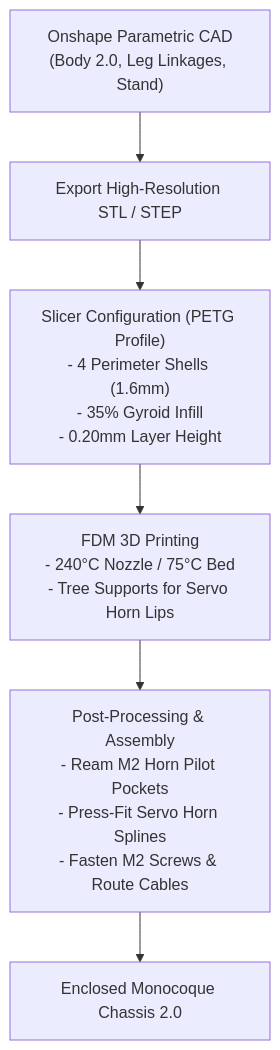
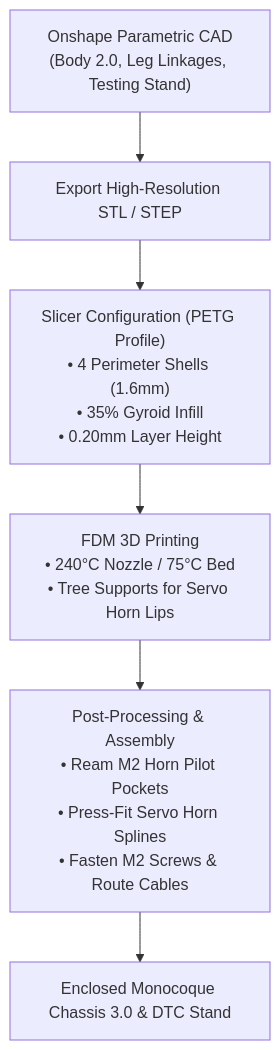
One commit to GrrGrrMan/spider-blog changed the first of 3 diagrams in src/content/docs/03-3d-cad-fabrication.md. Above: the diagram before and after it, drawn with Mermaid. The commit also changed other lines of this file and 39 other files, not shown here.

````diff
--- a/src/content/docs/03-3d-cad-fabrication.md
+++ b/src/content/docs/03-3d-cad-fabrication.md
@@ -12,12 +12,12 @@
 ```mermaid
 flowchart TD
-    CAD["Onshape Parametric CAD<br/>(Body 2.0, Leg Linkages, Stand)"] --> EXPORT["Export High-Resolution STL / STEP"]
+    CAD["Onshape Parametric CAD<br/>(Body 2.0, Leg Linkages, Testing Stand)"] --> EXPORT["Export High-Resolution STL / STEP"]
     
-    EXPORT --> SLICER["Slicer Configuration (PETG Profile)<br/>- 4 Perimeter Shells (1.6mm)<br/>- 35% Gyroid Infill<br/>- 0.20mm Layer Height"]
+    EXPORT --> SLICER["Slicer Configuration (PETG Profile)<br/>• 4 Perimeter Shells (1.6mm)<br/>• 35% Gyroid Infill<br/>• 0.20mm Layer Height"]
     
-    SLICER --> PRINT["FDM 3D Printing<br/>- 240°C Nozzle / 75°C Bed<br/>- Tree Supports for Servo Horn Lips"]
+    SLICER --> PRINT["FDM 3D Printing<br/>• 240°C Nozzle / 75°C Bed<br/>• Tree Supports for Servo Horn Lips"]
     
-    PRINT --> POST["Post-Processing & Assembly<br/>- Ream M2 Horn Pilot Pockets<br/>- Press-Fit Servo Horn Splines<br/>- Fasten M2 Screws & Route Cables"]
+    PRINT --> POST["Post-Processing & Assembly<br/>• Ream M2 Horn Pilot Pockets<br/>• Press-Fit Servo Horn Splines<br/>• Fasten M2 Screws & Route Cables"]
     
-    POST --> CHASSIS["Enclosed Monocoque Chassis 2.0"]
+    POST --> CHASSIS["Enclosed Monocoque Chassis 3.0 & DTC Stand"]
 ```
````
